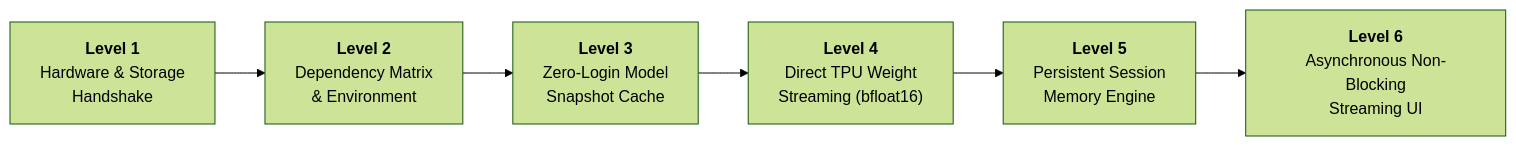
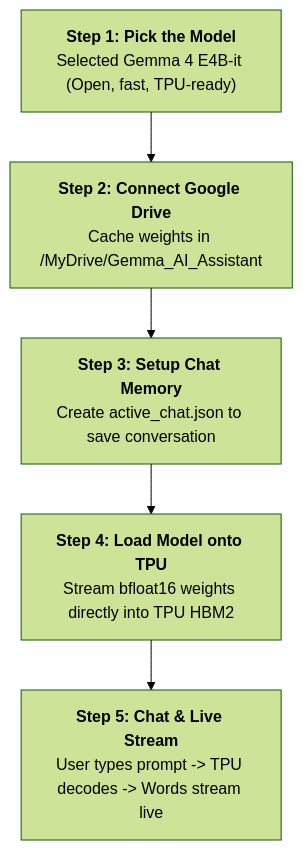
The first of 2 diagrams in README.md (dipzz0/AI_Chat_Assistant_Gemma_4_Google_Colab_TPU_Edition), drawn with Mermaid (forest theme) before and after one commit. The commit also changed other lines of this file, not shown here.

Commit message:
Add Tech Stack, simplified intuitive story, and detailed Gemma 4 E4B specs

````diff
--- a/README.md
+++ b/README.md
@@ -118,8 +111,10 @@
 ```mermaid
-graph LR
-    L1["<b>Level 1</b><br/>Hardware & Storage<br/>Handshake"] --> L2["<b>Level 2</b><br/>Dependency Matrix<br/>& Environment"]
-    L2 --> L3["<b>Level 3</b><br/>Zero-Login Model<br/>Snapshot Cache"]
-    L3 --> L4["<b>Level 4</b><br/>Direct TPU Weight<br/>Streaming (bfloat16)"]
-    L4 --> L5["<b>Level 5</b><br/>Persistent Session<br/>Memory Engine"]
-    L5 --> L6["<b>Level 6</b><br/>Asynchronous Non-Blocking<br/>Streaming UI"]
+graph TD
+    Step1["<b>Step 1: Pick the Model</b><br/>Selected Gemma 4 E4B-it (Open, fast, TPU-ready)"]
+    Step2["<b>Step 2: Connect Google Drive</b><br/>Cache weights in /MyDrive/Gemma_AI_Assistant"]
+    Step3["<b>Step 3: Setup Chat Memory</b><br/>Create active_chat.json to save conversation"]
+    Step4["<b>Step 4: Load Model onto TPU</b><br/>Stream bfloat16 weights directly into TPU HBM2"]
+    Step5["<b>Step 5: Chat & Live Stream</b><br/>User types prompt -> TPU decodes -> Words stream live"]
+
+    Step1 --> Step2 --> Step3 --> Step4 --> Step5
 ```
````
